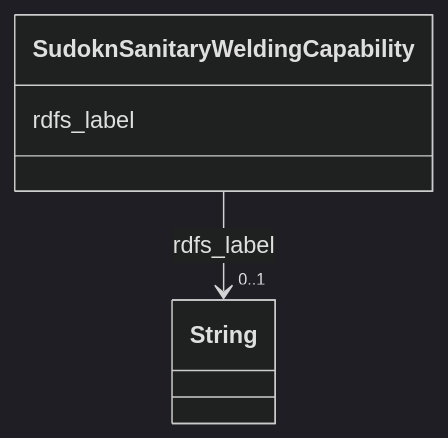
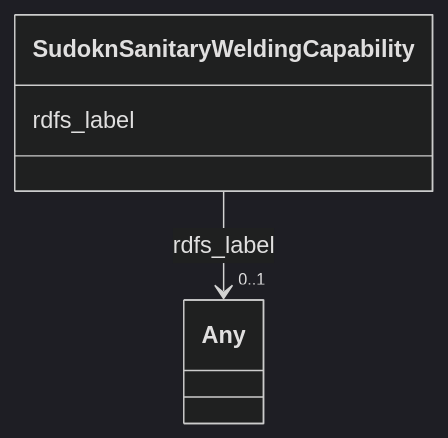
One commit to frink-okn/graph-descriptions changed the diagram in sudokn-kg/classes/SudoknSanitaryWeldingCapability.md. Above: the diagram before and after it, drawn with Mermaid (dark theme). The commit also changed other lines of this file and 903 other files, not shown here.

````diff
--- a/sudokn-kg/classes/SudoknSanitaryWeldingCapability.md
+++ b/sudokn-kg/classes/SudoknSanitaryWeldingCapability.md
@@ -23,15 +18,15 @@
 ```mermaid
  classDiagram
     class SudoknSanitaryWeldingCapability
     click SudoknSanitaryWeldingCapability href "../SudoknSanitaryWeldingCapability"
       SudoknSanitaryWeldingCapability : rdfs_label
         
           
     
     
-    SudoknSanitaryWeldingCapability --> "0..1" String : rdfs_label
-    click String href "../String"
+    SudoknSanitaryWeldingCapability --> "0..1" Any : rdfs_label
+    click Any href "../Any"
 
         
       
 ```
````
